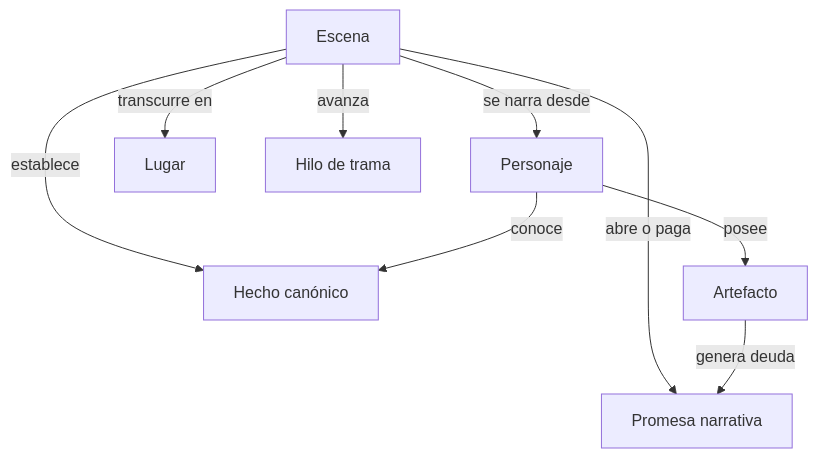
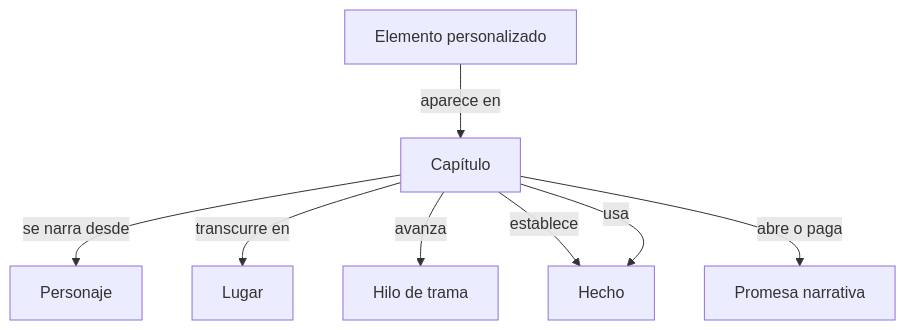
Before and after one commit to BrunoCrz3/MyStory: the sixth of 21 diagrams in docs/domain-knowledge.md, drawn with Mermaid. The commit also changed other lines of this file and 5 other files, not shown here.

````diff
--- a/docs/domain-knowledge.md
+++ b/docs/domain-knowledge.md
@@ -137,18 +110,17 @@
 ```mermaid
 flowchart TD
-  ESC[Escena]
+  CAP[Capítulo]
   PJ[Personaje]
   LU[Lugar]
   HI[Hilo de trama]
-  HC[Hecho canónico]
+  HC[Hecho]
   PR[Promesa narrativa]
-  AT[Artefacto]
-  ESC -->|se narra desde| PJ
-  ESC -->|transcurre en| LU
-  ESC -->|avanza| HI
-  ESC -->|establece| HC
-  ESC -->|abre o paga| PR
-  PJ -->|conoce| HC
-  PJ -->|posee| AT
-  AT -->|genera deuda| PR
+  EP[Elemento personalizado]
+  CAP -->|se narra desde| PJ
+  CAP -->|transcurre en| LU
+  CAP -->|avanza| HI
+  CAP -->|establece| HC
+  CAP -->|usa| HC
+  CAP -->|abre o paga| PR
+  EP -->|aparece en| CAP
 ```
````
